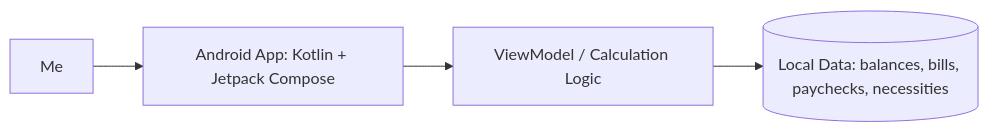
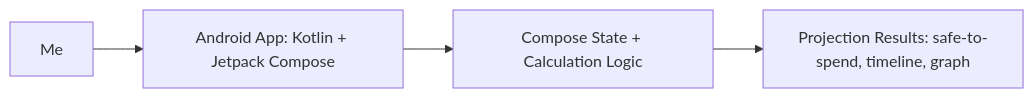
The diagram in README.md (JimmyC09/spend-ahead), drawn with Mermaid before and after one commit. The commit also changed other lines of this file, not shown here.

````diff
--- a/README.md
+++ b/README.md
@@ -137,6 +138,6 @@
 ```mermaid
 flowchart LR
   U["Me"] --> FE["Android App: Kotlin + Jetpack Compose"]
-  FE --> API["ViewModel / Calculation Logic"]
-  API --> DB[("Local Data: balances, bills, paychecks, necessities")]
+  FE --> LOGIC["Compose State + Calculation Logic"]
+  LOGIC --> RESULT["Projection Results: safe-to-spend, timeline, graph"]
 ```
````
